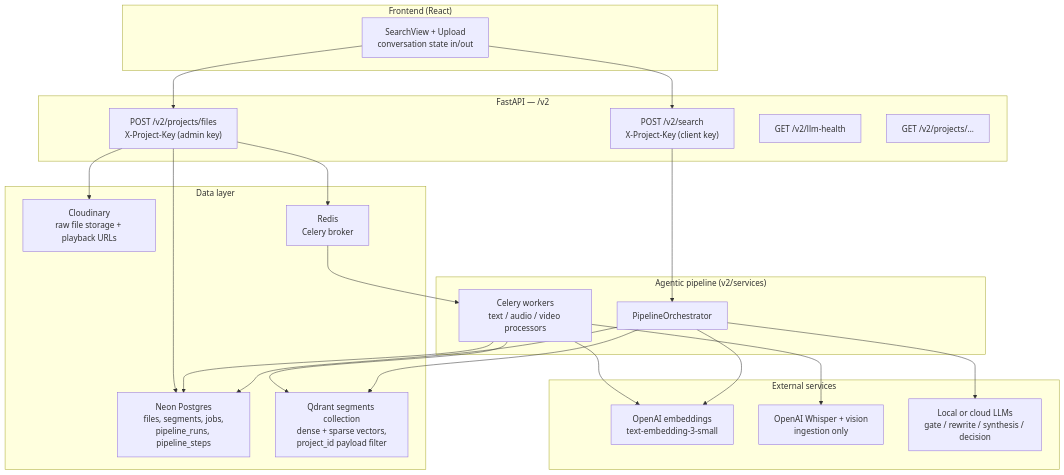
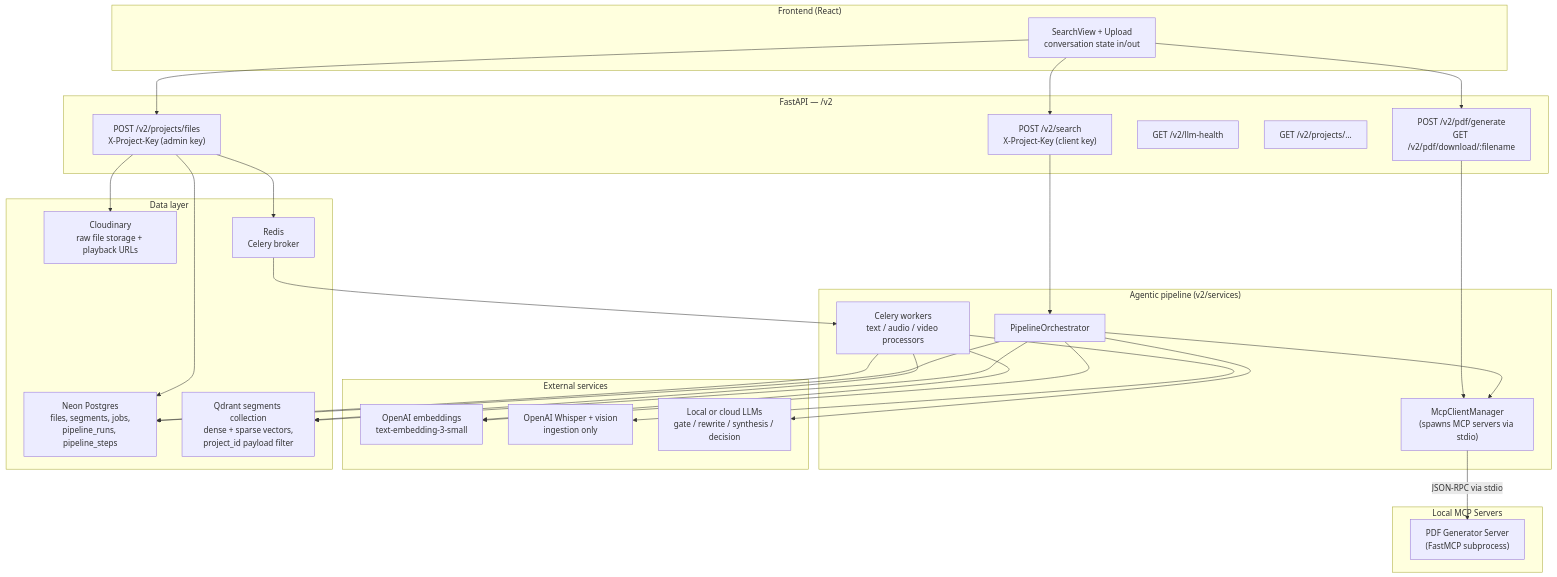
Before and after one commit to OmgItsAmmer/Scrutinize: the first of 5 diagrams in docs/architecture/diagram.md, drawn with Mermaid. The commit also changed other lines of this file and 56 other files, not shown here.

````diff
--- a/docs/architecture/diagram.md
+++ b/docs/architecture/diagram.md
@@ -12,47 +12,57 @@
 ```mermaid
 flowchart TB
     subgraph Client["Frontend (React)"]
         UI["SearchView + Upload<br/>conversation state in/out"]
     end
 
     subgraph API["FastAPI — /v2"]
         SEARCH["POST /v2/search<br/>X-Project-Key (client key)"]
         UPLOAD["POST /v2/projects/files<br/>X-Project-Key (admin key)"]
         HEALTH["GET /v2/llm-health"]
         PROJ["GET /v2/projects/…"]
+        MCP_API["POST /v2/pdf/generate<br/>GET /v2/pdf/download/:filename"]
     end
 
     subgraph Agents["Agentic pipeline (v2/services)"]
         ORCH["PipelineOrchestrator"]
         WORKERS["Celery workers<br/>text / audio / video processors"]
+        MGR["McpClientManager<br/>(spawns MCP servers via stdio)"]
+    end
+
+    subgraph MCPServers["Local MCP Servers"]
+        PDF_SERV["PDF Generator Server<br/>(FastMCP subprocess)"]
     end
 
     subgraph External["External services"]
         OPENAI_EMB["OpenAI embeddings<br/>text-embedding-3-small"]
         OPENAI_MEDIA["OpenAI Whisper + vision<br/>ingestion only"]
         LLM["Local or cloud LLMs<br/>gate / rewrite / synthesis / decision"]
     end
 
     subgraph Data["Data layer"]
         NEON["Neon Postgres<br/>files, segments, jobs,<br/>pipeline_runs, pipeline_steps"]
         QDRANT["Qdrant segments collection<br/>dense + sparse vectors,<br/>project_id payload filter"]
         CDN["Cloudinary<br/>raw file storage + playback URLs"]
         REDIS["Redis<br/>Celery broker"]
     end
 
     UI --> SEARCH
     UI --> UPLOAD
+    UI --> MCP_API
     SEARCH --> ORCH
+    MCP_API --> MGR
+    ORCH --> MGR
+    MGR -->|"JSON-RPC via stdio"| PDF_SERV
     UPLOAD --> CDN
     UPLOAD --> NEON
     UPLOAD --> REDIS
     REDIS --> WORKERS
     WORKERS --> OPENAI_EMB
     WORKERS --> OPENAI_MEDIA
     WORKERS --> QDRANT
     WORKERS --> NEON
     ORCH --> LLM
     ORCH --> OPENAI_EMB
     ORCH --> QDRANT
     ORCH --> NEON
 ```
````
